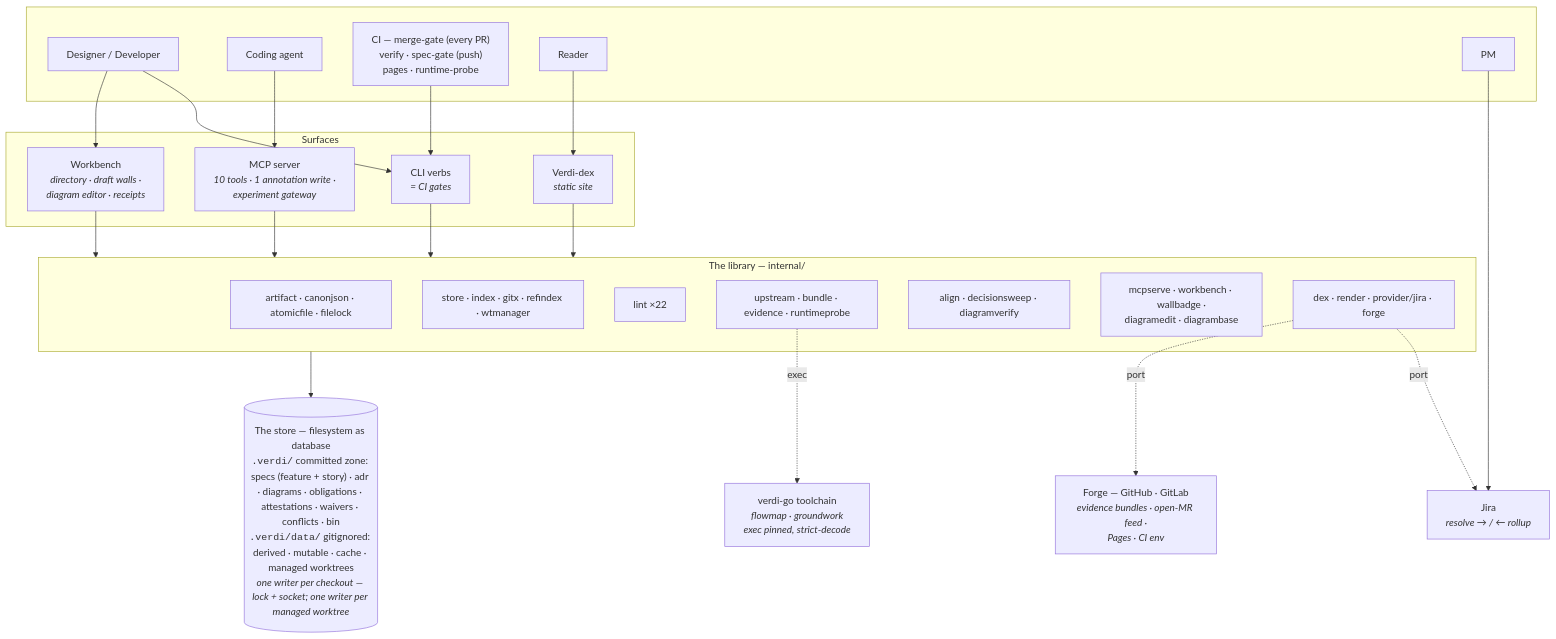
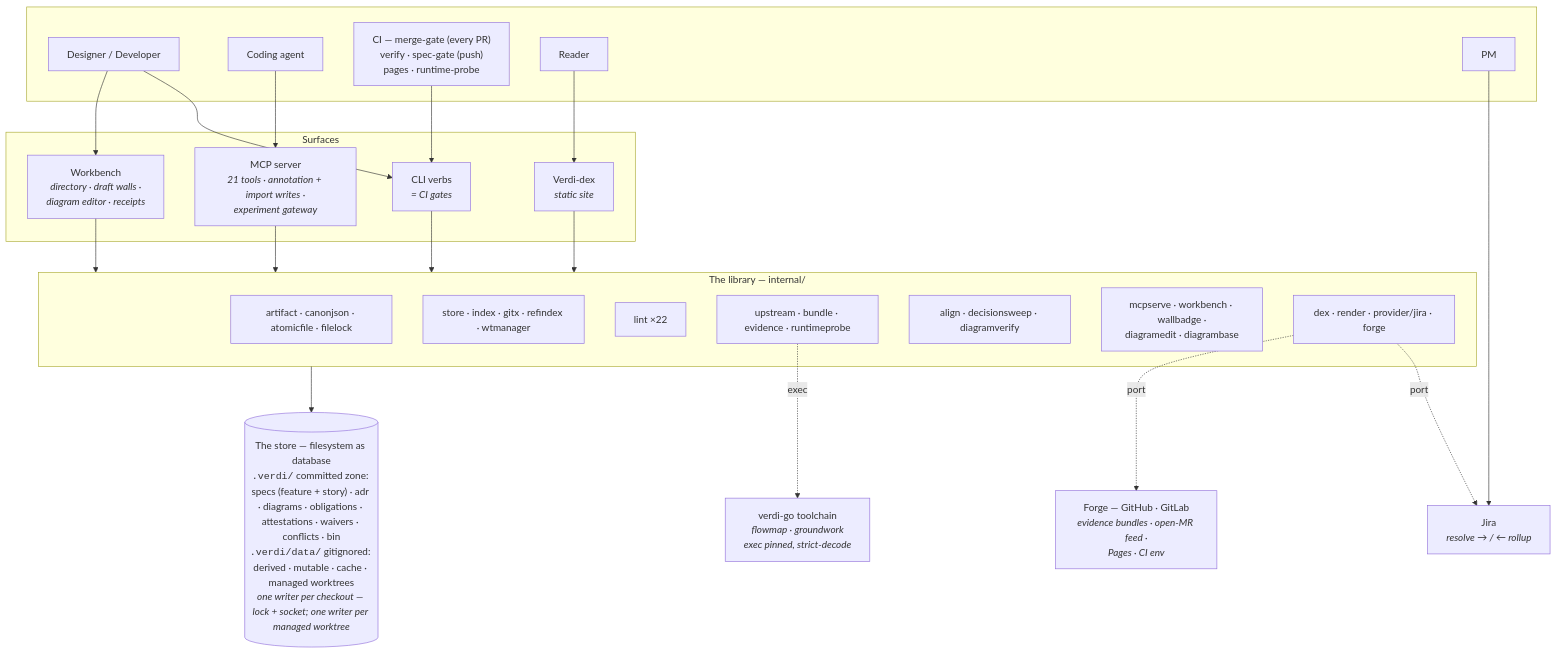
Before and after one commit to jyang234/verdi: the first of 3 diagrams in docs/architecture-and-journeys.md, drawn with Mermaid. The commit also changed other lines of this file and 12 other files, not shown here.

First line of the commit message:
Add import_preview and import_apply MCP tools over the import contract

````diff
--- a/docs/architecture-and-journeys.md
+++ b/docs/architecture-and-journeys.md
@@ -54,50 +54,50 @@
 ```mermaid
 flowchart TD
     subgraph actors [" "]
         DEV["Designer / Developer"]
         AGENT["Coding agent"]
         CI["CI — merge-gate (every PR)<br/>verify · spec-gate (push)<br/>pages · runtime-probe"]
         READER["Reader"]
         PM["PM"]
     end
 
     subgraph surfaces ["Surfaces"]
         WB["Workbench<br/><i>directory · draft walls ·<br/>diagram editor · receipts</i>"]
-        MCP["MCP server<br/><i>10 tools · 1 annotation write ·<br/>experiment gateway</i>"]
+        MCP["MCP server<br/><i>21 tools · annotation + import writes ·<br/>experiment gateway</i>"]
         CLI["CLI verbs<br/><i>= CI gates</i>"]
         DEX["Verdi-dex<br/><i>static site</i>"]
     end
 
     subgraph lib ["The library — internal/"]
         L1["artifact · canonjson · atomicfile · filelock"]
         L2["store · index · gitx · refindex · wtmanager"]
         L3["lint ×22"]
         L4["upstream · bundle · evidence · runtimeprobe"]
         L5["align · decisionsweep · diagramverify"]
         L6["mcpserve · workbench · wallbadge ·<br/>diagramedit · diagrambase"]
         L7["dex · render · provider/jira · forge"]
     end
 
     STORE[("The store — filesystem as database<br/><code>.verdi/</code> committed zone: specs (feature + story) · adr · diagrams · obligations · attestations · waivers · conflicts · bin<br/><code>.verdi/data/</code> gitignored: derived · mutable · cache · managed worktrees<br/><i>one writer per checkout — lock + socket; one writer per managed worktree</i>")]
 
     TOOLCHAIN["verdi-go toolchain<br/><i>flowmap · groundwork<br/>exec pinned, strict-decode</i>"]
     FORGE["Forge — GitHub · GitLab<br/><i>evidence bundles · open-MR feed ·<br/>Pages · CI env</i>"]
     JIRA["Jira<br/><i>resolve → / ← rollup</i>"]
 
     DEV --> WB
     DEV --> CLI
     AGENT --> MCP
     CI --> CLI
     READER --> DEX
     PM --> JIRA
 
     WB --> lib
     MCP --> lib
     CLI --> lib
     DEX --> lib
     lib --> STORE
 
     L4 -.exec.-> TOOLCHAIN
     L7 -.port.-> FORGE
     L7 -.port.-> JIRA
 ```
````
